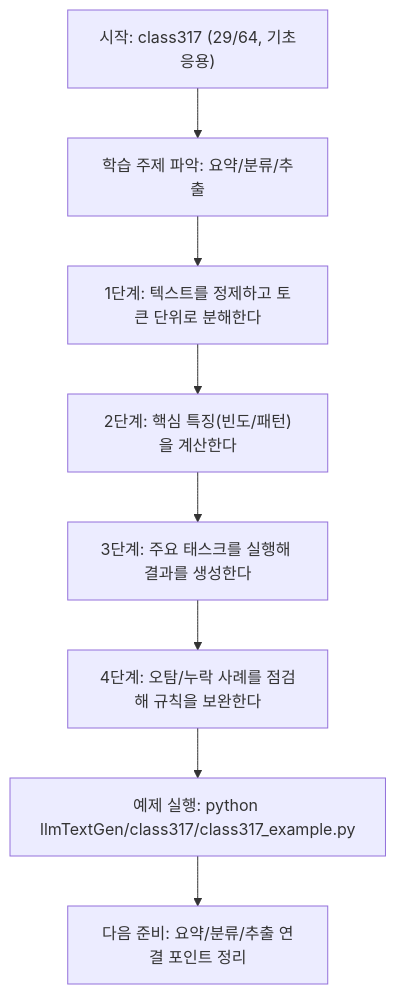
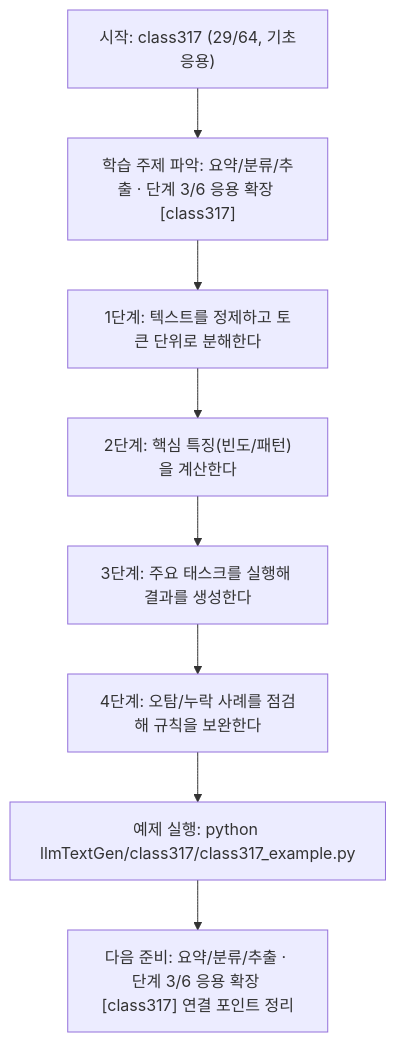
The diagram in llmTextGen/class317/class317.md (edumgt/Python-AI_Agent-Class), drawn with Mermaid before and after one commit. The commit also changed other lines of this file and 522 other files, not shown here.

````diff
--- a/llmTextGen/class317/class317.md
+++ b/llmTextGen/class317/class317.md
@@ -113,18 +114,18 @@
 ```mermaid
 flowchart TD
 N1["시작: class317 (29/64, 기초응용)"]
-N2["학습 주제 파악: 요약/분류/추출"]
+N2["학습 주제 파악: 요약/분류/추출 · 단계 3/6 응용 확장 [class317]"]
 N3["1단계: 텍스트를 정제하고 토큰 단위로 분해한다"]
 N4["2단계: 핵심 특징(빈도/패턴)을 계산한다"]
 N5["3단계: 주요 태스크를 실행해 결과를 생성한다"]
 N6["4단계: 오탐/누락 사례를 점검해 규칙을 보완한다"]
 N7["예제 실행: python llmTextGen/class317/class317_example.py"]
-N8["다음 준비: 요약/분류/추출 연결 포인트 정리"]
+N8["다음 준비: 요약/분류/추출 · 단계 3/6 응용 확장 [class317] 연결 포인트 정리"]
 N1 --> N2
 N2 --> N3
 N3 --> N4
 N4 --> N5
 N5 --> N6
 N6 --> N7
 N7 --> N8
 ```
````
